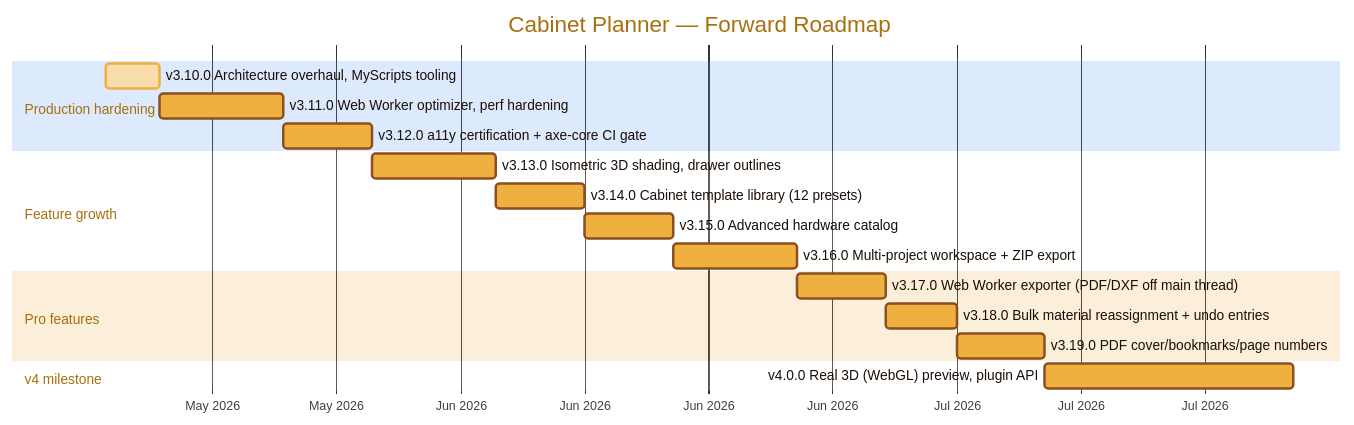
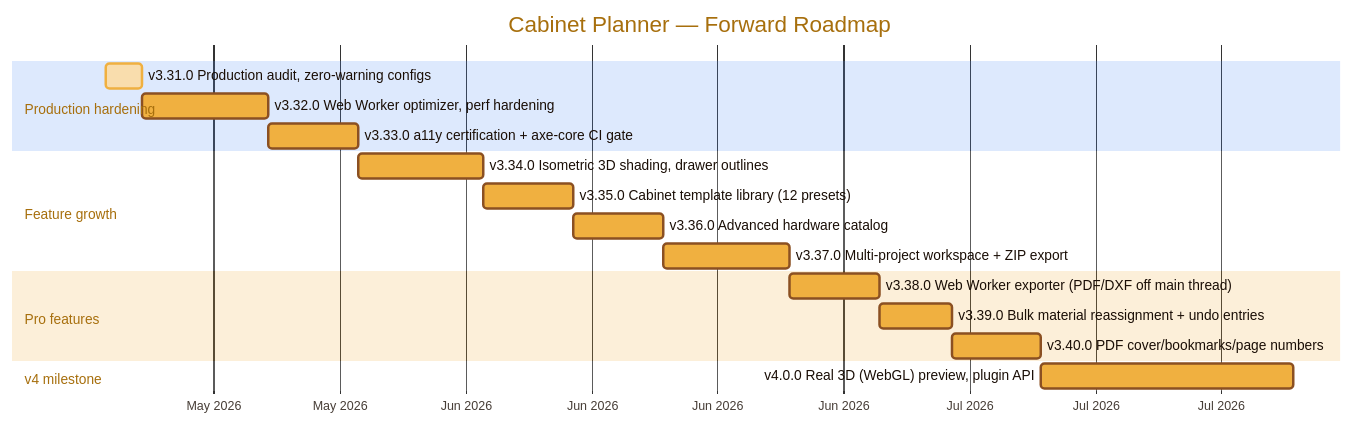
Before and after one commit to RajwanYair/WoodworkingShop: the diagram in ROADMAP.md, drawn with Mermaid. The commit also changed other lines of this file and 39 other files, not shown here.

First line of the commit message:
feat: v3.31.0 production audit — zero waivers, comprehensive ROADMAP, competitive analysis

````diff
--- a/ROADMAP.md
+++ b/ROADMAP.md
@@ -37,22 +37,22 @@
 ```mermaid
 %%{init: {'theme': 'base', 'themeVariables': {'primaryColor': '#f0b040', 'primaryTextColor': '#1a0e06', 'primaryBorderColor': '#8b5022', 'lineColor': '#7a4010'}}}%%
 gantt
   title Cabinet Planner — Forward Roadmap
   dateFormat YYYY-MM-DD
   axisFormat %b %Y
   section Production hardening
-    v3.10.0 Architecture overhaul, MyScripts tooling      :active, v3100, 2026-05-18, 3d
-    v3.11.0 Web Worker optimizer, perf hardening          :v3110, after v3100, 7d
-    v3.12.0 a11y certification + axe-core CI gate         :v3120, after v3110, 5d
+    v3.31.0 Production audit, zero-warning configs        :active, v3310, 2026-05-18, 2d
+    v3.32.0 Web Worker optimizer, perf hardening          :v3320, after v3310, 7d
+    v3.33.0 a11y certification + axe-core CI gate         :v3330, after v3320, 5d
   section Feature growth
-    v3.13.0 Isometric 3D shading, drawer outlines         :v3130, after v3120, 7d
-    v3.14.0 Cabinet template library (12 presets)         :v3140, after v3130, 5d
-    v3.15.0 Advanced hardware catalog                     :v3150, after v3140, 5d
-    v3.16.0 Multi-project workspace + ZIP export          :v3160, after v3150, 7d
+    v3.34.0 Isometric 3D shading, drawer outlines         :v3340, after v3330, 7d
+    v3.35.0 Cabinet template library (12 presets)         :v3350, after v3340, 5d
+    v3.36.0 Advanced hardware catalog                     :v3360, after v3350, 5d
+    v3.37.0 Multi-project workspace + ZIP export          :v3370, after v3360, 7d
   section Pro features
-    v3.17.0 Web Worker exporter (PDF/DXF off main thread) :v3170, after v3160, 5d
-    v3.18.0 Bulk material reassignment + undo entries     :v3180, after v3170, 4d
-    v3.19.0 PDF cover/bookmarks/page numbers              :v3190, after v3180, 5d
+    v3.38.0 Web Worker exporter (PDF/DXF off main thread) :v3380, after v3370, 5d
+    v3.39.0 Bulk material reassignment + undo entries     :v3390, after v3380, 4d
+    v3.40.0 PDF cover/bookmarks/page numbers              :v3400, after v3390, 5d
   section v4 milestone
-    v4.0.0 Real 3D (WebGL) preview, plugin API            :v400, after v3190, 14d
+    v4.0.0 Real 3D (WebGL) preview, plugin API            :v400, after v3400, 14d
 ```
````
